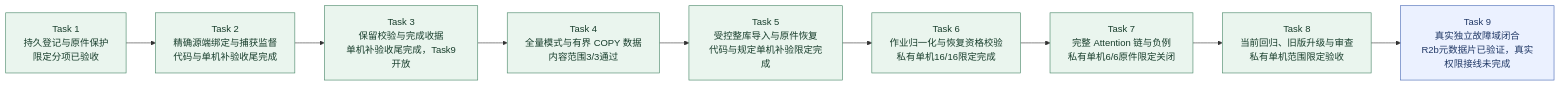
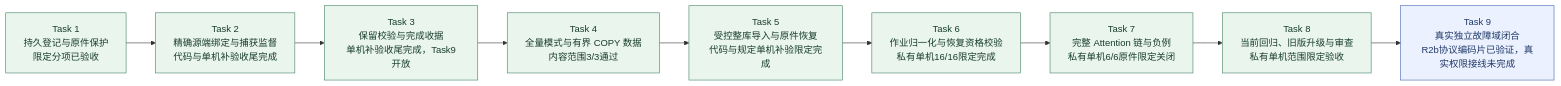
The second of 9 diagrams in docs/KnowWeave实施路线与系统架构.md (MansurnamedZhang/learning-system-p0c4), drawn with Mermaid before and after one commit. The commit also changed other lines of this file and 14 other files, not shown here.

````diff
--- a/docs/KnowWeave实施路线与系统架构.md
+++ b/docs/KnowWeave实施路线与系统架构.md
@@ -80,25 +80,25 @@
 ```mermaid
 flowchart LR
     C4T1["Task 1<br/>持久登记与原件保护<br/>限定分项已验收"]
     C4T2["Task 2<br/>精确源端绑定与捕获监督<br/>代码与单机补验收尾完成"]
     C4T3["Task 3<br/>保留校验与完成收据<br/>单机补验收尾完成，Task9开放"]
     C4T4["Task 4<br/>全量模式与有界 COPY 数据<br/>内容范围3/3通过"]
     C4T5["Task 5<br/>受控整库导入与原件恢复<br/>代码与规定单机补验限定完成"]
     C4T6["Task 6<br/>作业归一化与恢复资格校验<br/>私有单机16/16限定完成"]
     C4T7["Task 7<br/>完整 Attention 链与负例<br/>私有单机6/6原件限定关闭"]
     C4T8["Task 8<br/>当前回归、旧版升级与审查<br/>私有单机范围限定验收"]
-    C4T9["Task 9<br/>真实独立故障域闭合<br/>R2b元数据片已验证，真实权限接线未完成"]
+    C4T9["Task 9<br/>真实独立故障域闭合<br/>R2b协议编码片已验证，真实权限接线未完成"]
     C4T1 --> C4T2
     C4T2 --> C4T3
     C4T3 --> C4T4
     C4T4 --> C4T5
     C4T5 --> C4T6
     C4T6 --> C4T7
     C4T7 --> C4T8
     C4T8 --> C4T9
     class C4T1,C4T2,C4T3,C4T4,C4T5,C4T6,C4T7,C4T8 done
     class C4T9 next
     classDef done fill:#eaf5ee,stroke:#438363,color:#173d2b
     classDef next fill:#ebf1ff,stroke:#4365b4,color:#203866
     classDef planned fill:#f2f4f8,stroke:#8591a3,color:#28354b
 ```
````
